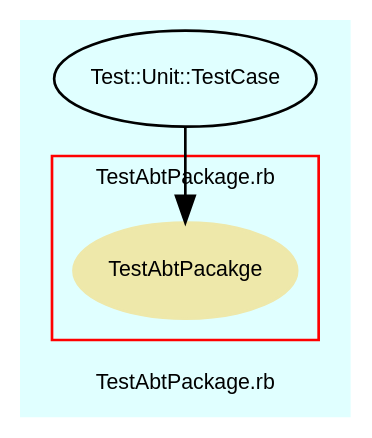
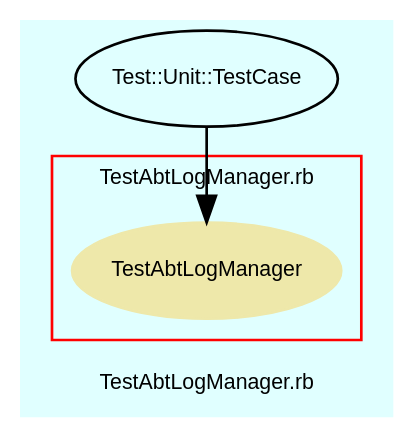
Before and after one commit to eschabell/abtlinux: the diagram in src/trunk/doc/dot/f_11.dot, drawn with Graphviz. The commit also changed 67 other files, not shown here.

First line of the commit message:
Added abt script file, placeholder for central entry point to our package management system.

```diff
--- a/src/trunk/doc/dot/f_11.dot
+++ b/src/trunk/doc/dot/f_11.dot
@@ -1,37 +1,37 @@
 digraph TopLevel {
     compound = true
     bgcolor = lightcyan1
     fontname = Arial
     fontsize = 8
-    label = "TestAbtPackage.rb"
+    label = "TestAbtLogManager.rb"
     node [
         fontname = Arial,
         fontsize = 8,
         color = black
     ]
 
-    subgraph cluster_12 {
+    subgraph cluster_11 {
         fontname = Arial
         color = red
-        label = "TestAbtPackage.rb"
-        TestAbtPacakge [
+        label = "TestAbtLogManager.rb"
+        TestAbtLogManager [
             fontcolor = black,
-            URL = "classes/TestAbtPacakge.html",
+            URL = "classes/TestAbtLogManager.html",
             shape = ellipse,
             color = palegoldenrod,
             style = filled,
-            label = "TestAbtPacakge"
+            label = "TestAbtLogManager"
         ]
 
     }
 
     Test__Unit__TestCase [
         URL = "classes/Test/Unit/TestCase.html",
         label = "Test::Unit::TestCase"
     ]
 
-    Test__Unit__TestCase -> TestAbtPacakge [
+    Test__Unit__TestCase -> TestAbtLogManager [
 
     ]
 
 }
```
